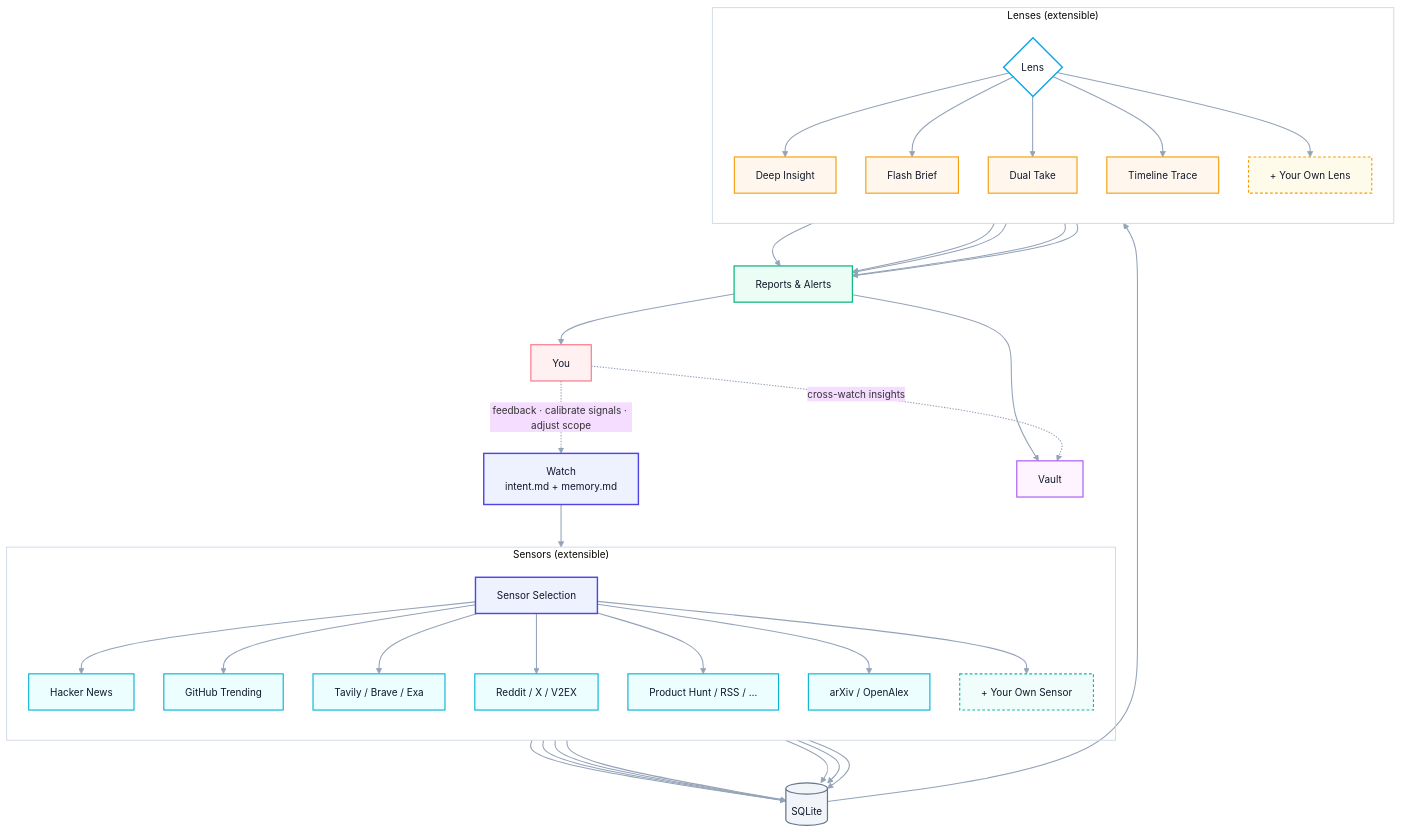
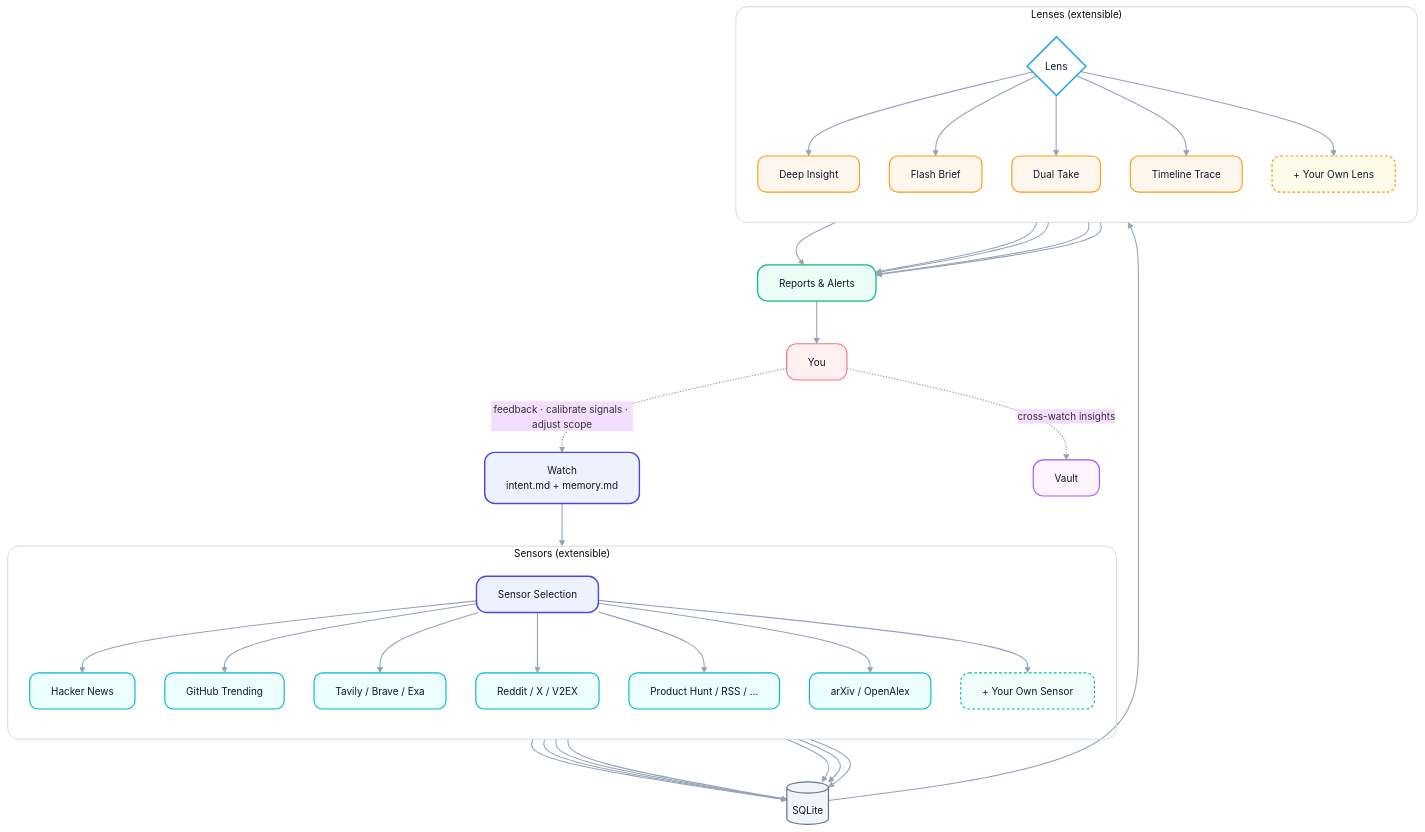
One commit to zhiyuzi/Signex changed the diagram in README.md. Above: the diagram before and after it, drawn with Mermaid. The commit also changed 1 other file, not shown here.

Commit message:
docs: add rounded corners and fix diagram layout alignment (架构图圆角 + 布局调整)

````diff
--- a/README.md
+++ b/README.md
@@ -52,63 +52,62 @@
 ```mermaid
 %%{init: {
   "theme": "base",
   "flowchart": { "curve": "basis", "nodeSpacing": 42, "rankSpacing": 60 },
   "themeVariables": {
     "background": "transparent",
     "mainBkg": "transparent",
     "fontFamily": "ui-sans-serif, system-ui, -apple-system, Segoe UI, Roboto, Helvetica, Arial",
     "fontSize": "14px",
     "lineColor": "#94A3B8",
     "textColor": "#0F172A"
   }
 }}%%
 
 flowchart TB
   W["Watch<br/>intent.md + memory.md"]:::core --> S["Sensor Selection"]:::core
 
   subgraph Sensors["Sensors (extensible)"]
     direction TB
     S --> S1["Hacker News"]:::sensor
     S --> S2["GitHub Trending"]:::sensor
     S --> S3["Tavily / Brave / Exa"]:::sensor
     S --> S4["Reddit / X / V2EX"]:::sensor
     S --> S5["Product Hunt / RSS / …"]:::sensor
     S --> S6["arXiv / OpenAlex"]:::sensor
     S --> S7["+ Your Own Sensor"]:::sensorAlt
   end
 
   S1 & S2 & S3 & S4 & S5 & S6 & S7 --> DB[("SQLite")]:::store
   DB --> L{"Lens"}:::decision
 
   subgraph Lenses["Lenses (extensible)"]
     direction TB
     L --> L1["Deep Insight"]:::lens
     L --> L2["Flash Brief"]:::lens
     L --> L3["Dual Take"]:::lens
     L --> L4["Timeline Trace"]:::lens
     L --> L5["+ Your Own Lens"]:::lensAlt
   end
 
   L1 & L2 & L3 & L4 & L5 --> R["Reports & Alerts"]:::out
-  R --> V["Vault"]:::vault
   R --> U["You"]:::actor
 
   U -. "feedback · calibrate signals · adjust scope" .-> W
-  U -. "cross-watch insights" .-> V
+  U -. "cross-watch insights" .-> V["Vault"]:::vault
 
-  classDef core      fill:#EEF2FF,stroke:#4F46E5,stroke-width:2px,color:#0F172A
-  classDef sensor    fill:#ECFEFF,stroke:#06B6D4,stroke-width:1.6px,color:#0F172A
-  classDef sensorAlt fill:#F0FDFA,stroke:#14B8A6,stroke-width:1.6px,color:#0F172A,stroke-dasharray:4 3
-  classDef store     fill:#F1F5F9,stroke:#64748B,stroke-width:1.7px,color:#0F172A
-  classDef decision  fill:#FFFFFF,stroke:#0EA5E9,stroke-width:2px,color:#0F172A
-  classDef lens      fill:#FFF7ED,stroke:#F59E0B,stroke-width:1.6px,color:#0F172A
-  classDef lensAlt   fill:#FFFBEB,stroke:#F59E0B,stroke-width:1.6px,color:#0F172A,stroke-dasharray:4 3
-  classDef out       fill:#ECFDF5,stroke:#10B981,stroke-width:1.8px,color:#0F172A
-  classDef vault     fill:#FDF4FF,stroke:#A855F7,stroke-width:1.6px,color:#0F172A
-  classDef actor     fill:#FFF1F2,stroke:#FB7185,stroke-width:1.6px,color:#0F172A
+  classDef core      fill:#EEF2FF,stroke:#4F46E5,stroke-width:2px,color:#0F172A,rx:14,ry:14
+  classDef sensor    fill:#ECFEFF,stroke:#06B6D4,stroke-width:1.6px,color:#0F172A,rx:12,ry:12
+  classDef sensorAlt fill:#F0FDFA,stroke:#14B8A6,stroke-width:1.6px,color:#0F172A,stroke-dasharray:4 3,rx:12,ry:12
+  classDef store     fill:#F1F5F9,stroke:#64748B,stroke-width:1.7px,color:#0F172A,rx:14,ry:14
+  classDef decision  fill:#FFFFFF,stroke:#0EA5E9,stroke-width:2px,color:#0F172A,rx:18,ry:18
+  classDef lens      fill:#FFF7ED,stroke:#F59E0B,stroke-width:1.6px,color:#0F172A,rx:12,ry:12
+  classDef lensAlt   fill:#FFFBEB,stroke:#F59E0B,stroke-width:1.6px,color:#0F172A,stroke-dasharray:4 3,rx:12,ry:12
+  classDef out       fill:#ECFDF5,stroke:#10B981,stroke-width:1.8px,color:#0F172A,rx:14,ry:14
+  classDef vault     fill:#FDF4FF,stroke:#A855F7,stroke-width:1.6px,color:#0F172A,rx:14,ry:14
+  classDef actor     fill:#FFF1F2,stroke:#FB7185,stroke-width:1.6px,color:#0F172A,rx:14,ry:14
 
-  style Sensors fill:transparent,stroke:#CBD5E1,stroke-width:1.2px
-  style Lenses  fill:transparent,stroke:#CBD5E1,stroke-width:1.2px
+  style Sensors fill:transparent,stroke:#CBD5E1,stroke-width:1.2px,rx:16,ry:16
+  style Lenses  fill:transparent,stroke:#CBD5E1,stroke-width:1.2px,rx:16,ry:16
 
   linkStyle default stroke:#94A3B8,stroke-width:1.5px
 ```
````
